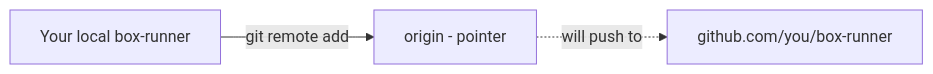
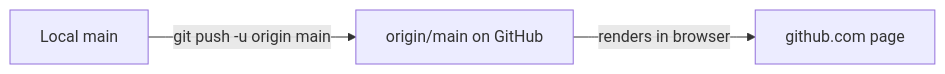
Before and after one commit to vedanta/box-runner: the diagram in docs/architecture.md, drawn with Mermaid. The commit also changed other lines of this file and 7 other files, not shown here.

Commit message:
Stage 8: Push to GitHub

````diff
--- a/docs/architecture.md
+++ b/docs/architecture.md
@@ -21,5 +21,5 @@
 ```mermaid
 flowchart LR
-  A[Your local box-runner] -- git remote add --> B[origin - pointer]
-  B -. will push to .-> C[github.com/you/box-runner]
+  A[Local main] -- git push -u origin main --> B[origin/main on GitHub]
+  B -- renders in browser --> C[github.com page]
 ```
````
